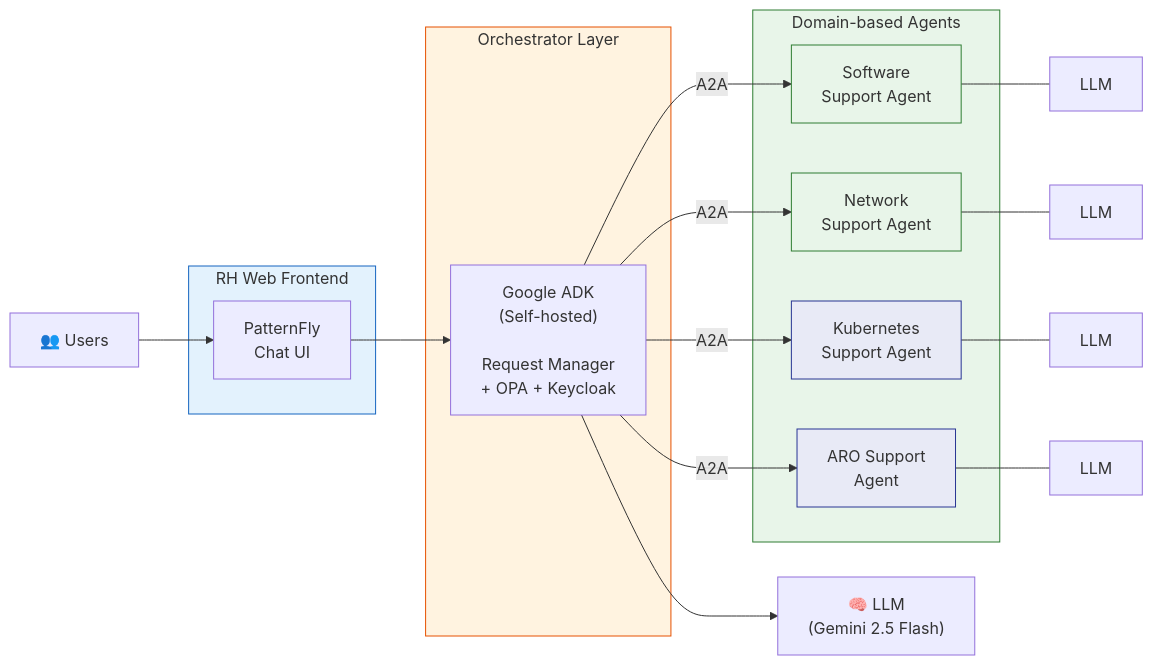
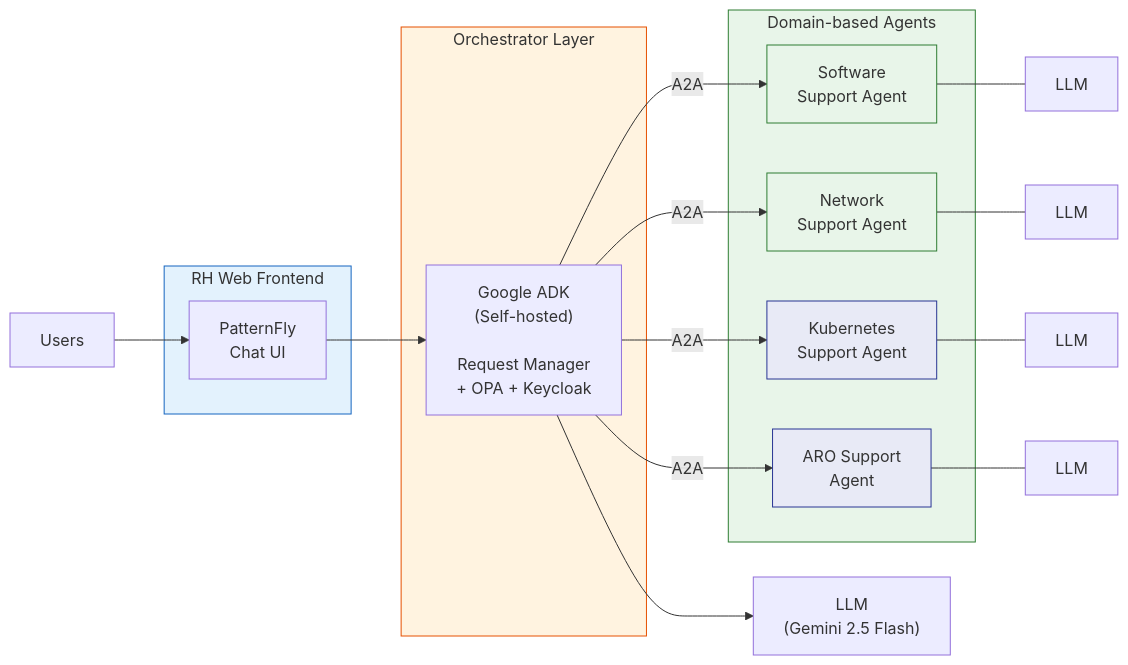
One commit to rh-ai-quickstart/agentic-partners-integration changed the third of 3 diagrams in README.md. Above: the diagram before and after it, drawn with Mermaid. The commit also changed other lines of this file, not shown here.

````diff
--- a/README.md
+++ b/README.md
@@ -106,48 +65,48 @@
 ```mermaid
 flowchart LR
-    users["👥 Users"]
+    users["Users"]
 
     subgraph frontend[" RH Web Frontend "]
         ui["PatternFly\nChat UI"]
     end
 
     subgraph orchestrator[" Orchestrator Layer "]
         adk["Google ADK\n(Self-hosted)\n\nRequest Manager\n+ OPA + Keycloak"]
     end
 
-    llm_main["🧠 LLM\n(Gemini 2.5 Flash)"]
+    llm_main["LLM\n(Gemini 2.5 Flash)"]
 
     subgraph agents[" Domain-based Agents "]
         sw["Software\nSupport Agent"]
         nw["Network\nSupport Agent"]
         k8s["Kubernetes\nSupport Agent"]
         aro["ARO Support\nAgent"]
     end
 
     llm_sw["LLM"]
     llm_nw["LLM"]
     llm_k8s["LLM"]
     llm_aro["LLM"]
 
     users --> ui
     ui --> adk
     adk --> llm_main
 
     adk -->|A2A| sw
     adk -->|A2A| nw
     adk -->|A2A| k8s
     adk -->|A2A| aro
 
     sw --- llm_sw
     nw --- llm_nw
     k8s --- llm_k8s
     aro --- llm_aro
 
     style frontend fill:#e3f2fd,stroke:#1565c0
     style orchestrator fill:#fff3e0,stroke:#e65100
     style agents fill:#e8f5e9,stroke:#2e7d32
     style sw fill:#e8f5e9,stroke:#2e7d32
     style nw fill:#e8f5e9,stroke:#2e7d32
     style k8s fill:#e8eaf6,stroke:#283593
     style aro fill:#e8eaf6,stroke:#283593
 ```
````
